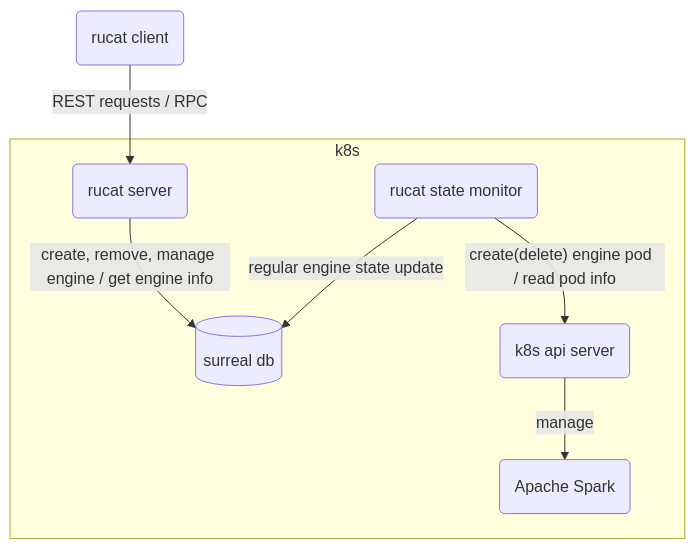
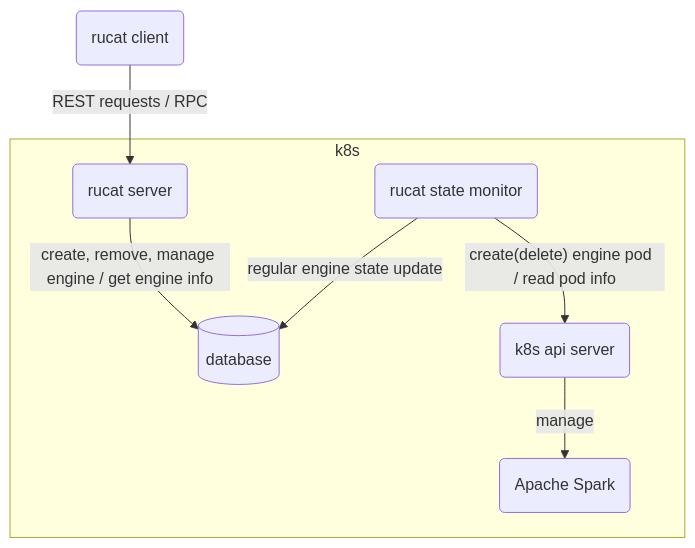
One commit to HaoYang670/rucat changed the first of 2 diagrams in README.md. Above: the diagram before and after it, drawn with Mermaid. The commit also changed other lines of this file and 21 other files, not shown here.

````diff
--- a/README.md
+++ b/README.md
@@ -14,17 +14,17 @@
 ```mermaid
 flowchart
     server(rucat server)
     spark(Apache Spark)
     monitor(rucat state monitor)
     k8s-api(k8s api server)
-    db[(surreal db)]
+    db[(database)]
     user(rucat client)
     user -- REST requests / RPC --> server
 
     subgraph k8s
     server -- create, remove, manage engine / get engine info --> db
     monitor -- regular engine state update --> db
     monitor -- create(delete) engine pod  / read pod info --> k8s-api
     k8s-api -- manage --> spark
     end
 ```
````
